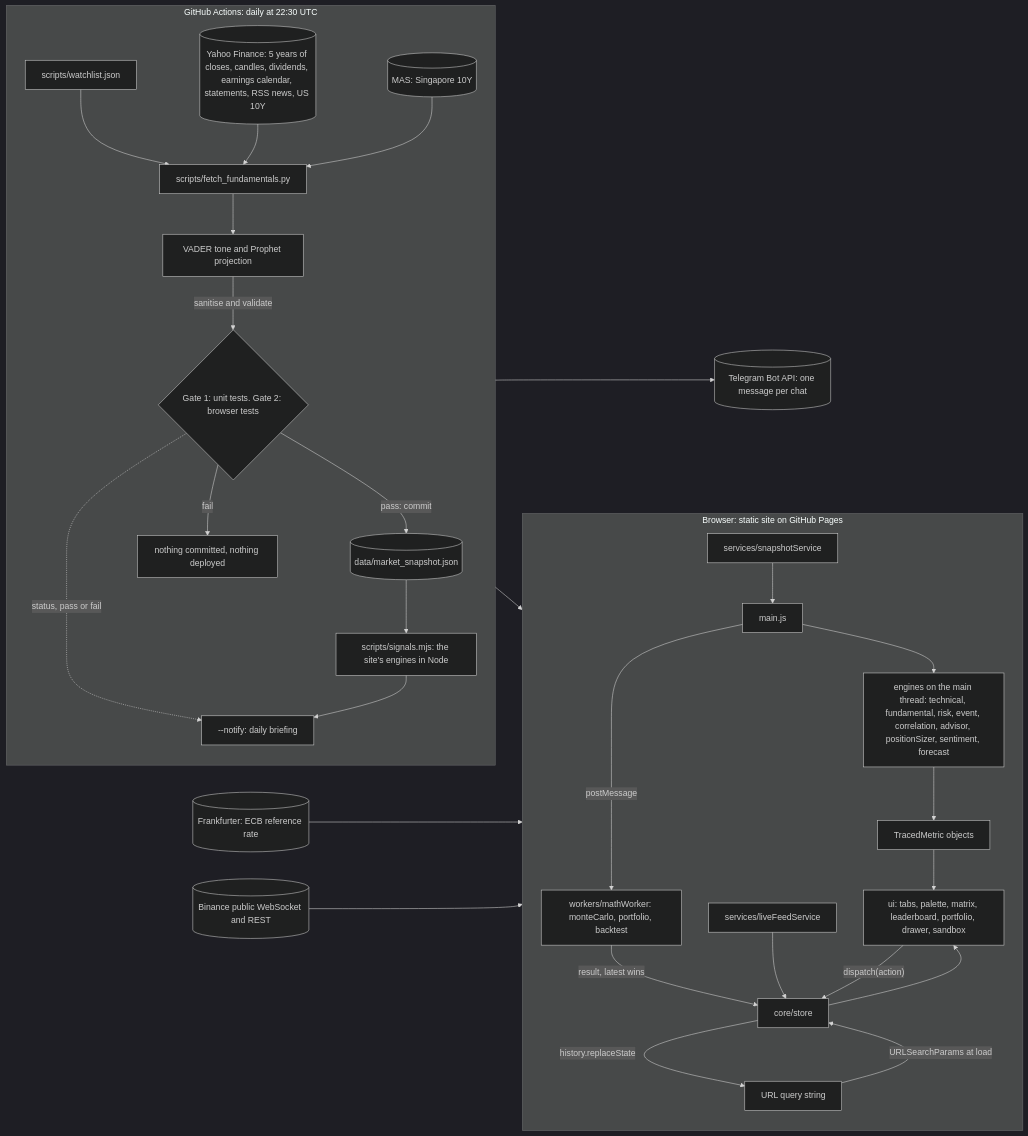
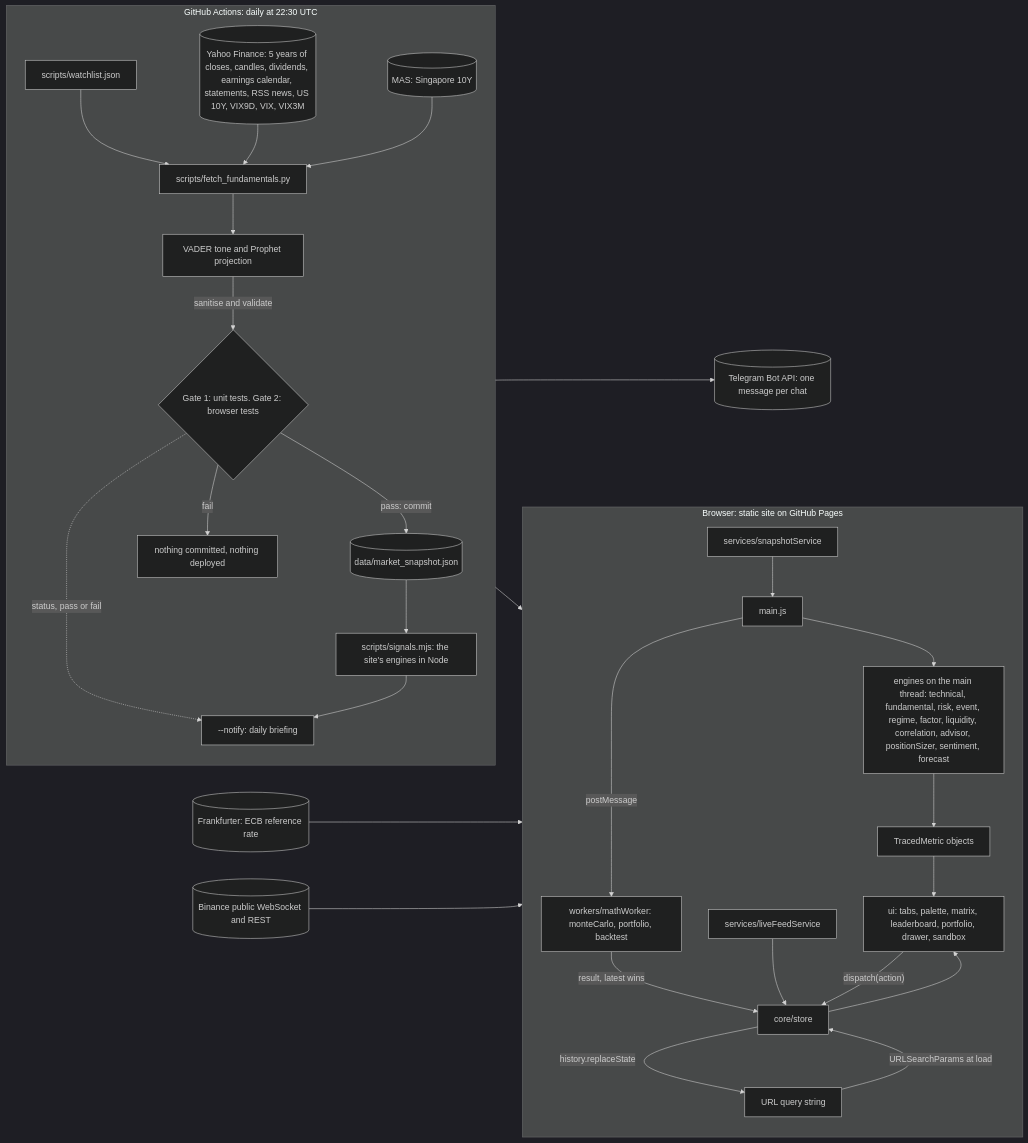
The first of 5 diagrams in README.md (myc208/quantlens), drawn with Mermaid (dark theme) before and after one commit. The commit also changed other lines of this file and 7 other files, not shown here.

````diff
--- a/README.md
+++ b/README.md
@@ -125,36 +133,36 @@
 ```mermaid
 flowchart LR
   subgraph CI["GitHub Actions: daily at 22:30 UTC"]
     direction TB
     WL["scripts/watchlist.json"] --> PY["scripts/fetch_fundamentals.py"]
-    YF[("Yahoo Finance: 5 years of closes, candles, dividends, earnings calendar, statements, RSS news, US 10Y")] --> PY
+    YF[("Yahoo Finance: 5 years of closes, candles, dividends, earnings calendar, statements, RSS news, US 10Y, VIX9D, VIX, VIX3M")] --> PY
     MAS[("MAS: Singapore 10Y")] --> PY
     PY --> ML["VADER tone and Prophet projection"]
     ML -->|"sanitise and validate"| GATE{"Gate 1: unit tests. Gate 2: browser tests"}
     GATE -->|"pass: commit"| SNAP[("data/market_snapshot.json")]
     GATE -->|"fail"| KEEP["nothing committed, nothing deployed"]
     SNAP --> SIG["scripts/signals.mjs: the site's engines in Node"]
     GATE -.->|"status, pass or fail"| TG["--notify: daily briefing"]
     SIG --> TG
   end
   TG --> TELE[("Telegram Bot API: one message per chat")]
 
   subgraph WEB["Browser: static site on GitHub Pages"]
     direction TB
     SS["services/snapshotService"] --> MAIN["main.js"]
-    MAIN --> ENG["engines on the main thread: technical, fundamental, risk, event, correlation, advisor, positionSizer, sentiment, forecast"]
+    MAIN --> ENG["engines on the main thread: technical, fundamental, risk, event, regime, factor, liquidity, correlation, advisor, positionSizer, sentiment, forecast"]
     MAIN -->|"postMessage"| WK["workers/mathWorker: monteCarlo, portfolio, backtest"]
     WK -->|"result, latest wins"| STORE["core/store"]
     ENG --> TM["TracedMetric objects"]
     LIVE["services/liveFeedService"] --> STORE
     STORE --> UI["ui: tabs, palette, matrix, leaderboard, portfolio, drawer, sandbox"]
     TM --> UI
     UI -->|"dispatch(action)"| STORE
     STORE -->|"history.replaceState"| URL["URL query string"]
     URL -->|"URLSearchParams at load"| STORE
   end
 
   SNAP --> SS
   BIN[("Binance public WebSocket and REST")] --> LIVE
   FX[("Frankfurter: ECB reference rate")] --> LIVE
 ```
````
